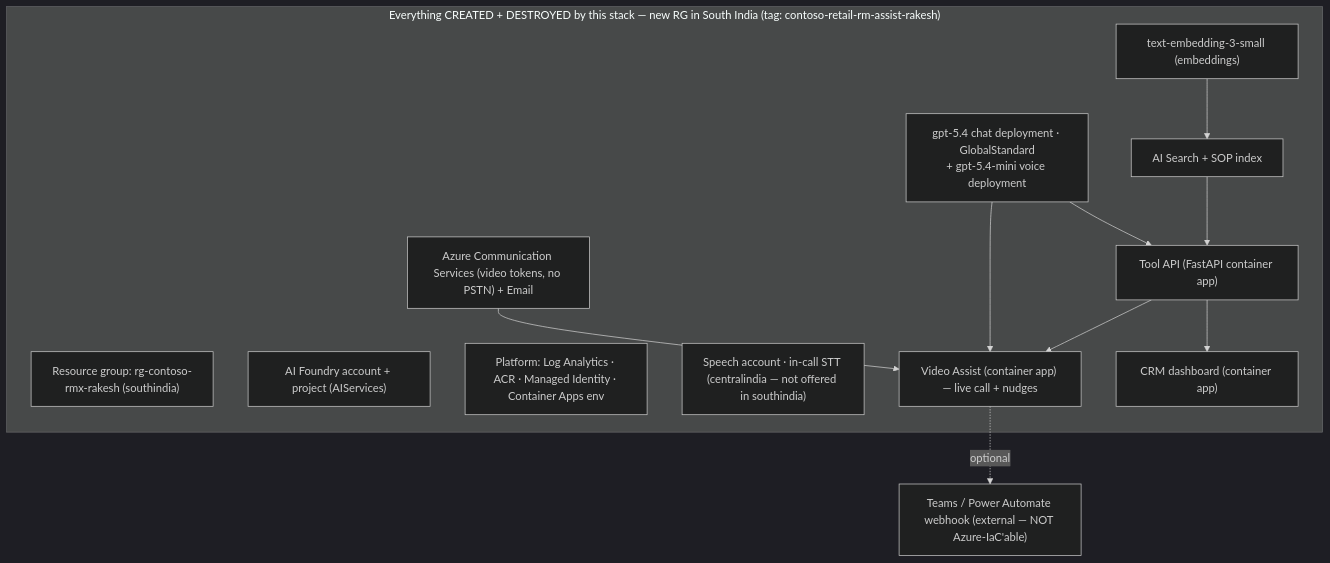
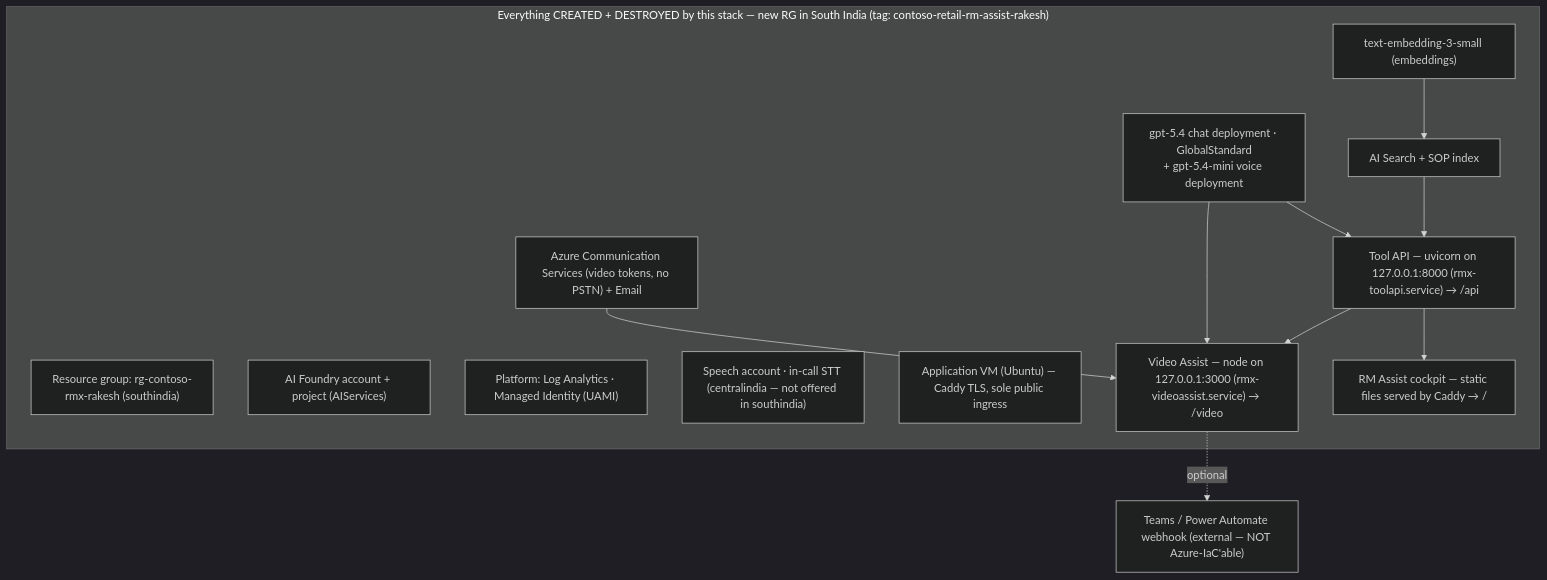
Before and after one commit to hrshl-demo/contoso-retail-acs-rm-assist-videocall: the diagram in README.md, drawn with Mermaid (dark theme). The commit also changed other lines of this file and 4 other files, not shown here.

````diff
--- a/README.md
+++ b/README.md
@@ -45,27 +45,28 @@
 ```mermaid
 flowchart TB
   subgraph Created["Everything CREATED + DESTROYED by this stack — new RG in South India (tag: contoso-retail-rm-assist-rakesh)"]
     RG["Resource group: rg-contoso-rmx-rakesh (southindia)"]
     FND["AI Foundry account + project (AIServices)"]
     CHAT["gpt-5.4 chat deployment · GlobalStandard<br/>+ gpt-5.4-mini voice deployment"]
     EMB["text-embedding-3-small (embeddings)"]
-    PLAT["Platform: Log Analytics · ACR · Managed Identity · Container Apps env"]
+    PLAT["Platform: Log Analytics · Managed Identity (UAMI)"]
     SRCH["AI Search + SOP index"]
     ACS["Azure Communication Services (video tokens, no PSTN) + Email"]
     SPCH["Speech account · in-call STT (centralindia — not offered in southindia)"]
-    TOOL["Tool API (FastAPI container app)"]
-    CRM["CRM dashboard (container app)"]
-    VA["Video Assist (container app) — live call + nudges"]
+    VM["Application VM (Ubuntu) — Caddy TLS, sole public ingress"]
+    TOOL["Tool API — uvicorn on 127.0.0.1:8000 (rmx-toolapi.service) → /api"]
+    CRM["RM Assist cockpit — static files served by Caddy → /"]
+    VA["Video Assist — node on 127.0.0.1:3000 (rmx-videoassist.service) → /video"]
   end
 
   EXT["Teams / Power Automate webhook (external — NOT Azure-IaC'able)"]
 
   CHAT --> TOOL
   EMB --> SRCH
   SRCH --> TOOL
   TOOL --> CRM
   TOOL --> VA
   CHAT --> VA
   VA -. optional .-> EXT
   ACS --> VA
 ```
````
